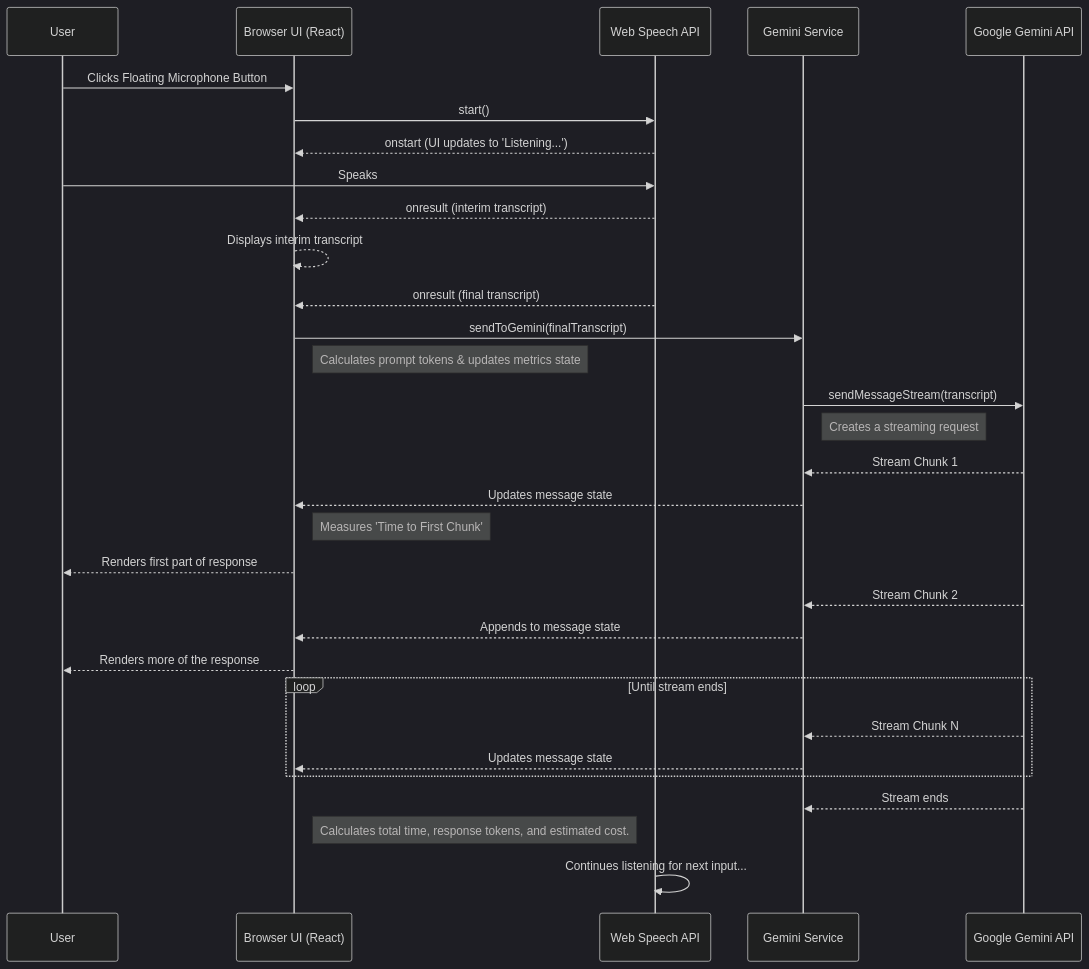
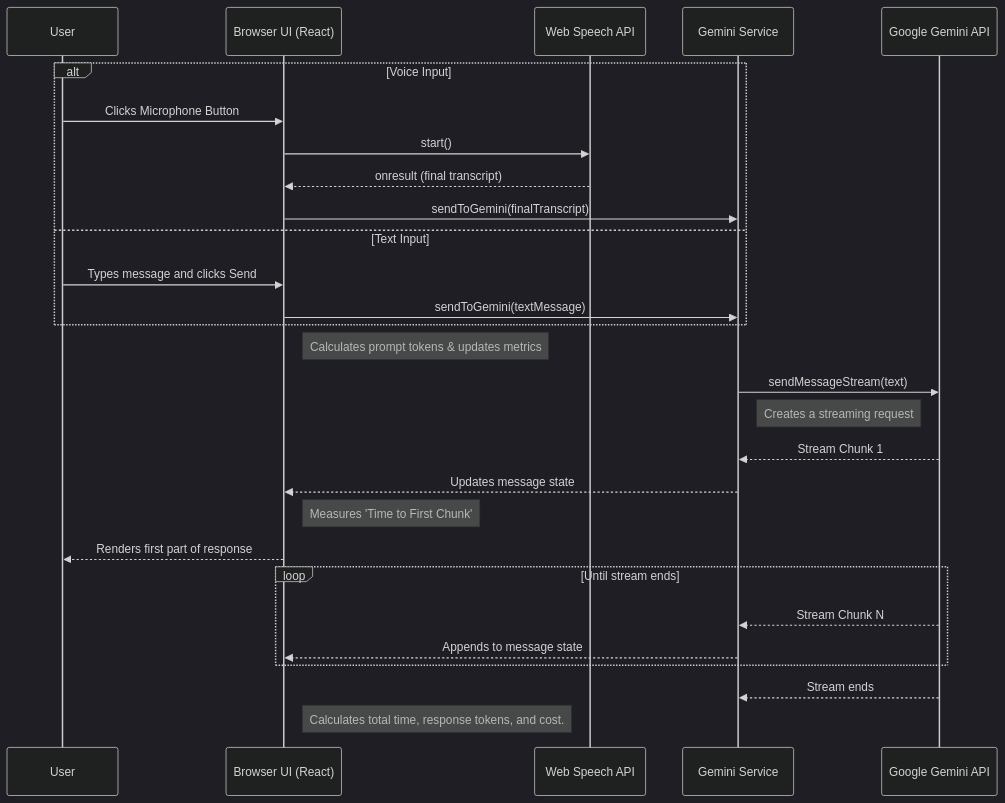
One commit to vamsi2577/Gemini-Real-time-voice-assistant changed the diagram in docs/DOCUMENTATION.md. Above: the diagram before and after it, drawn with Mermaid (dark theme). The commit also changed other lines of this file and 9 other files, not shown here.

````diff
--- a/docs/DOCUMENTATION.md
+++ b/docs/DOCUMENTATION.md
@@ -45,38 +41,35 @@
 ```mermaid
 sequenceDiagram
     participant User
     participant Browser UI (React)
     participant Web Speech API
     participant Gemini Service
     participant Google Gemini API
 
-    User->>Browser UI (React): Clicks Floating Microphone Button
-    Browser UI (React)->>Web Speech API: start()
-    Web Speech API-->>Browser UI (React): onstart (UI updates to 'Listening...')
-    User->>Web Speech API: Speaks
-    Web Speech API-->>Browser UI (React): onresult (interim transcript)
-    Browser UI (React)-->>Browser UI (React): Displays interim transcript
-    Web Speech API-->>Browser UI (React): onresult (final transcript)
-    Browser UI (React)->>Gemini Service: sendToGemini(finalTranscript)
-    note right of Browser UI (React): Calculates prompt tokens & updates metrics state
-    Gemini Service->>Google Gemini API: sendMessageStream(transcript)
+    alt Voice Input
+        User->>Browser UI (React): Clicks Microphone Button
+        Browser UI (React)->>Web Speech API: start()
+        Web Speech API-->>Browser UI (React): onresult (final transcript)
+        Browser UI (React)->>Gemini Service: sendToGemini(finalTranscript)
+    else Text Input
+        User->>Browser UI (React): Types message and clicks Send
+        Browser UI (React)->>Gemini Service: sendToGemini(textMessage)
+    end
+    
+    note right of Browser UI (React): Calculates prompt tokens & updates metrics
+    Gemini Service->>Google Gemini API: sendMessageStream(text)
     note right of Gemini Service: Creates a streaming request
 
     Google Gemini API-->>Gemini Service: Stream Chunk 1
     Gemini Service-->>Browser UI (React): Updates message state
     note right of Browser UI (React): Measures 'Time to First Chunk'
     Browser UI (React)-->>User: Renders first part of response
 
-    Google Gemini API-->>Gemini Service: Stream Chunk 2
-    Gemini Service-->>Browser UI (React): Appends to message state
-    Browser UI (React)-->>User: Renders more of the response
-
     loop Until stream ends
         Google Gemini API-->>Gemini Service: Stream Chunk N
-        Gemini Service-->>Browser UI (React): Updates message state
+        Gemini Service-->>Browser UI (React): Appends to message state
     end
 
     Google Gemini API-->>Gemini Service: Stream ends
-    note right of Browser UI (React): Calculates total time, response tokens, and estimated cost.
-    Web Speech API->>Web Speech API: Continues listening for next input...
+    note right of Browser UI (React): Calculates total time, response tokens, and cost.
 ```
````
